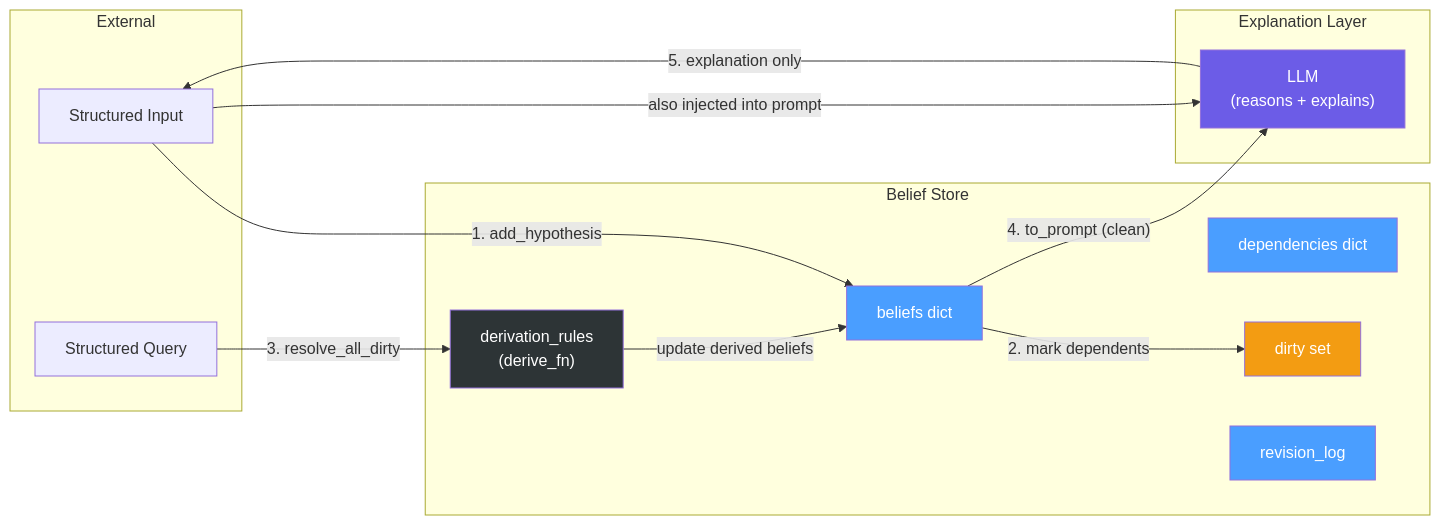
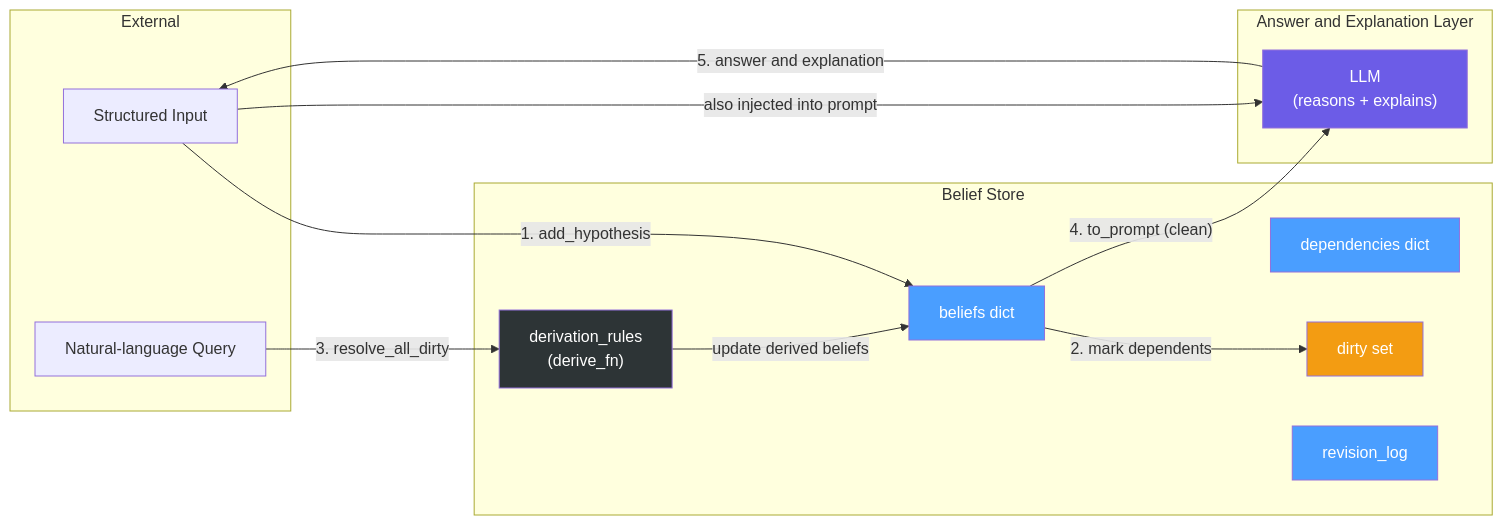
The first of 5 diagrams in Implementation.md (sultann-301/Belief-Aware-LLMs), drawn with Mermaid before and after one commit. The commit also changed other lines of this file and 228 other files, not shown here.

````diff
--- a/Implementation.md
+++ b/Implementation.md
@@ -9,34 +9,34 @@
 ```mermaid
 graph LR
     subgraph "External"
         USER["Structured Input"]
-        QUERY["Structured Query"]
+        QUERY["Natural-language Query"]
     end
 
     subgraph "Belief Store"
         BELIEFS["beliefs dict"]
         DEPS["dependencies dict"]
         RULES["derivation_rules<br/>(derive_fn)"]
         DIRTY["dirty set"]
         LOG["revision_log"]
     end
 
-    subgraph "Explanation Layer"
+    subgraph "Answer and Explanation Layer"
         LLM["LLM<br/>(reasons + explains)"]
     end
 
     USER -->|"1. add_hypothesis"| BELIEFS
     USER -->|"also injected into prompt"| LLM
     BELIEFS -->|"2. mark dependents"| DIRTY
     QUERY -->|"3. resolve_all_dirty"| RULES
     RULES -->|"update derived beliefs"| BELIEFS
     BELIEFS -->|"4. to_prompt (clean)"| LLM
-    LLM -->|"5. explanation only"| USER
+    LLM -->|"5. answer and explanation"| USER
 
     style BELIEFS fill:#4a9eff,color:#fff
     style DEPS fill:#4a9eff,color:#fff
     style RULES fill:#2d3436,color:#fff
     style DIRTY fill:#f39c12,color:#fff
     style LOG fill:#4a9eff,color:#fff
     style LLM fill:#6c5ce7,color:#fff
 ```
````
